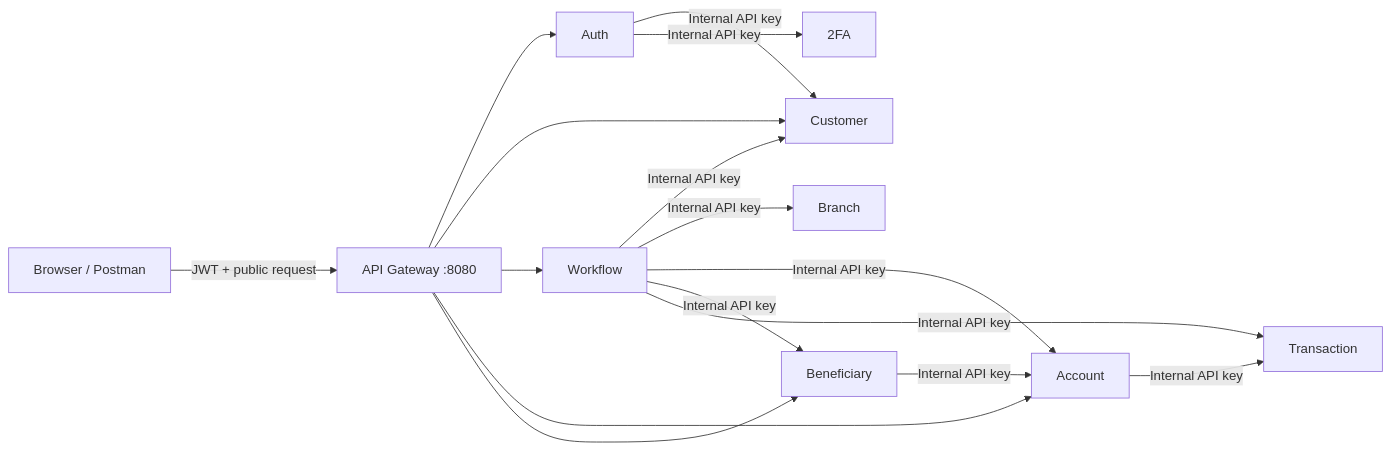
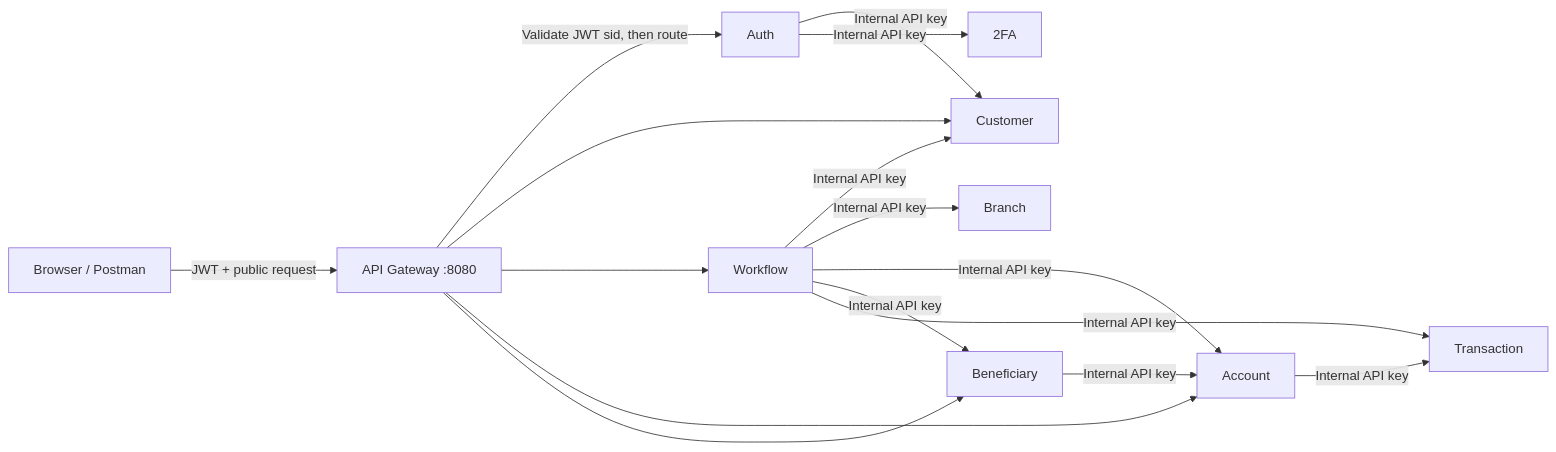
One commit to PrakritiOracle04/NET-BANKING changed the first of 5 diagrams in INTERNAL_API_GUIDE.md. Above: the diagram before and after it, drawn with Mermaid. The commit also changed other lines of this file and 4 other files, not shown here.

````diff
--- a/INTERNAL_API_GUIDE.md
+++ b/INTERNAL_API_GUIDE.md
@@ -7,22 +7,22 @@
 ```mermaid
 flowchart LR
     Client["Browser / Postman"] -->|"JWT + public request"| Gateway["API Gateway :8080"]
 
-    Gateway --> Auth["Auth"]
+    Gateway -->|"Validate JWT sid, then route"| Auth["Auth"]
     Gateway --> Customer["Customer"]
     Gateway --> Workflow["Workflow"]
     Gateway --> Account["Account"]
     Gateway --> Beneficiary["Beneficiary"]
 
     Auth -->|"Internal API key"| Customer
     Auth -->|"Internal API key"| TwoFA["2FA"]
 
     Workflow -->|"Internal API key"| Customer
     Workflow -->|"Internal API key"| Branch["Branch"]
     Workflow -->|"Internal API key"| Account
     Workflow -->|"Internal API key"| Beneficiary
     Workflow -->|"Internal API key"| Transaction["Transaction"]
 
     Beneficiary -->|"Internal API key"| Account
     Account -->|"Internal API key"| Transaction
 ```
````
